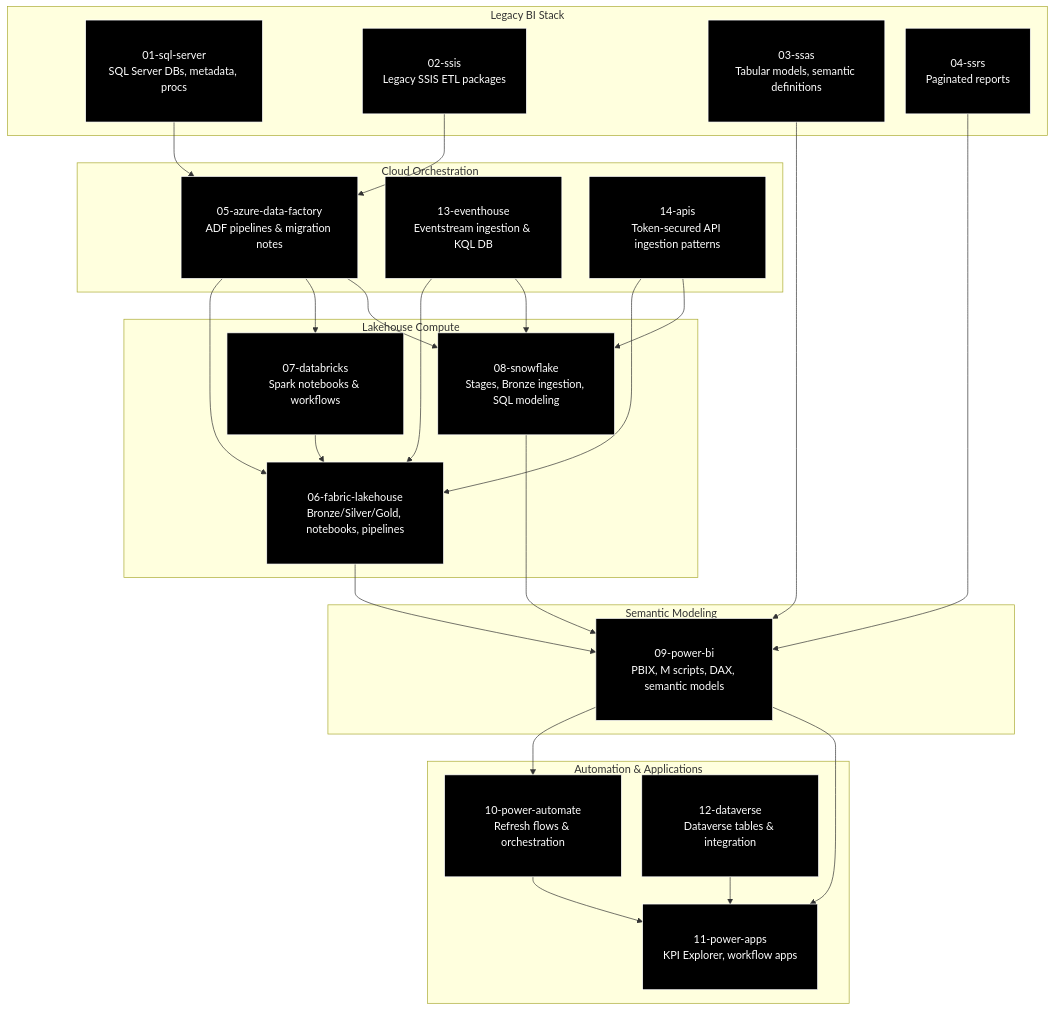
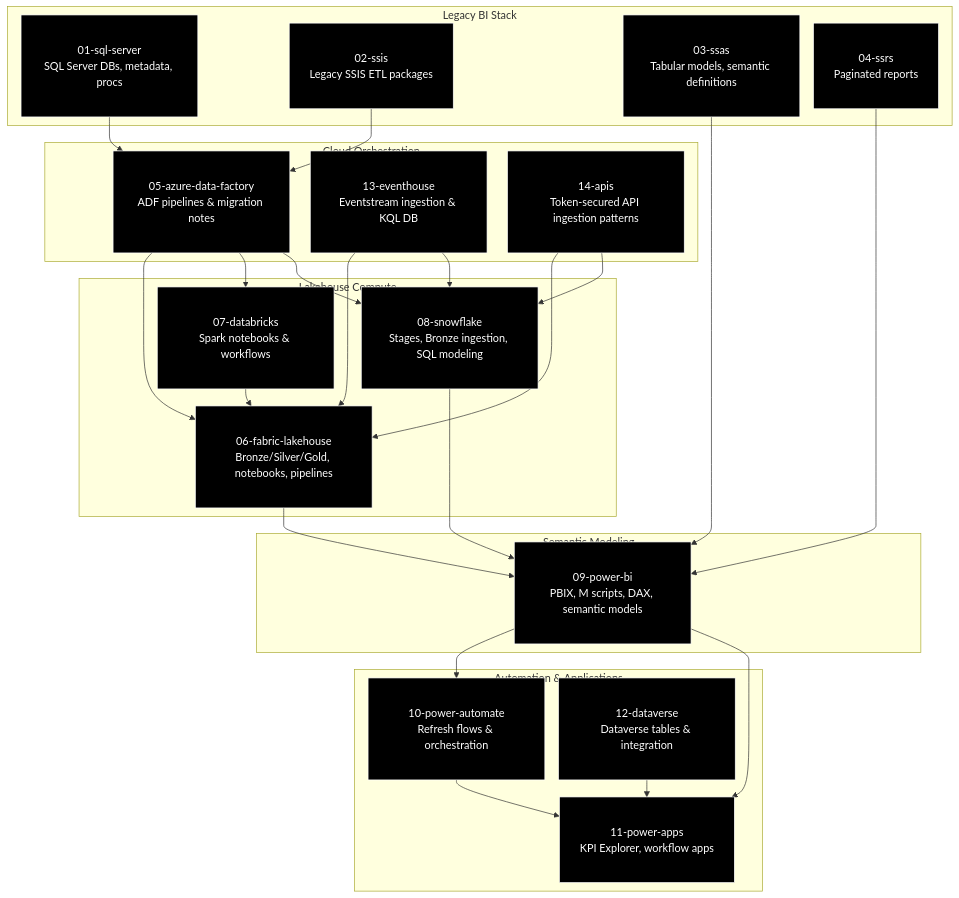
One commit to michaelraylloyd/gulf-to-bay-analytics-modernization changed the diagram in docs/README.md. Above: the diagram before and after it, drawn with Mermaid.

Commit message:
Expanded SQL Server modernization narrative; added GTB-aligned documentation and DBA toolkit headers

````diff
--- a/docs/README.md
+++ b/docs/README.md
@@ -573,64 +573,45 @@
 ```mermaid
-%%{init: {'flowchart': {'nodeSpacing': 30, 'rankSpacing': 40}}}%%
+%%{init: {'flowchart': {'nodeSpacing': 20, 'rankSpacing': 25}}}%%
 
 flowchart TB
 
-%% Dark theme node style
 classDef dark fill:#000000,stroke:#ffffff,stroke-width:1px,color:#ffffff,padding:10px;
-classDef spacer fill:#0000,stroke:#0000,color:#0000;
 
-%% ---------------------------------
-%% L1 — LEGACY ENTERPRISE BI STACK
-%% ---------------------------------
+%% L1 — Legacy BI Stack
 subgraph L1[Legacy BI Stack]
-    L1_PAD["\n\n"]:::spacer
     SQL[01-sql-server<br/>SQL Server DBs, metadata, procs]:::dark
     SSIS[02-ssis<br/>Legacy SSIS ETL packages]:::dark
     SSAS[03-ssas<br/>Tabular models, semantic definitions]:::dark
     SSRS[04-ssrs<br/>Paginated reports]:::dark
 end
 
-%% ---------------------------------
-%% L2 — CLOUD INGESTION & ORCHESTRATION
-%% ---------------------------------
+%% L2 — Cloud Orchestration
 subgraph L2[Cloud Orchestration]
-    L2_PAD["\n\n"]:::spacer
     ADF[05-azure-data-factory<br/>ADF pipelines & migration notes]:::dark
     EVENT[13-eventhouse<br/>Eventstream ingestion & KQL DB]:::dark
     APIS[14-apis<br/>Token-secured API ingestion patterns]:::dark
 end
 
-%% ---------------------------------
-%% L3 — MODERN LAKEHOUSE & COMPUTE
-%% ---------------------------------
+%% L3 — Lakehouse Compute
 subgraph L3[Lakehouse Compute]
-    L3_PAD["\n\n"]:::spacer
     FAB[06-fabric-lakehouse<br/>Bronze/Silver/Gold, notebooks, pipelines]:::dark
     DBX[07-databricks<br/>Spark notebooks & workflows]:::dark
     SNOW[08-snowflake<br/>Stages, Bronze ingestion, SQL modeling]:::dark
 end
 
-%% ---------------------------------
-%% L4 — SEMANTIC MODELING
-%% ---------------------------------
+%% L4 — Semantic Modeling
 subgraph L4[Semantic Modeling]
-    L4_PAD["\n\n"]:::spacer
     PBI[09-power-bi<br/>PBIX, M scripts, DAX, semantic models]:::dark
 end
 
-%% ---------------------------------
-%% L5 — AUTOMATION & APPLICATIONS
-%% ---------------------------------
+%% L5 — Automation & Applications
 subgraph L5[Automation & Applications]
-    L5_PAD["\n\n"]:::spacer
     PA[10-power-automate<br/>Refresh flows & orchestration]:::dark
     APPS[11-power-apps<br/>KPI Explorer, workflow apps]:::dark
     DV[12-dataverse<br/>Dataverse tables & integration]:::dark
 end
 
-%% ---------------------------------
 %% FLOWS
-%% ---------------------------------
 SQL --> ADF
 SSIS --> ADF
 SSAS --> PBI
````
